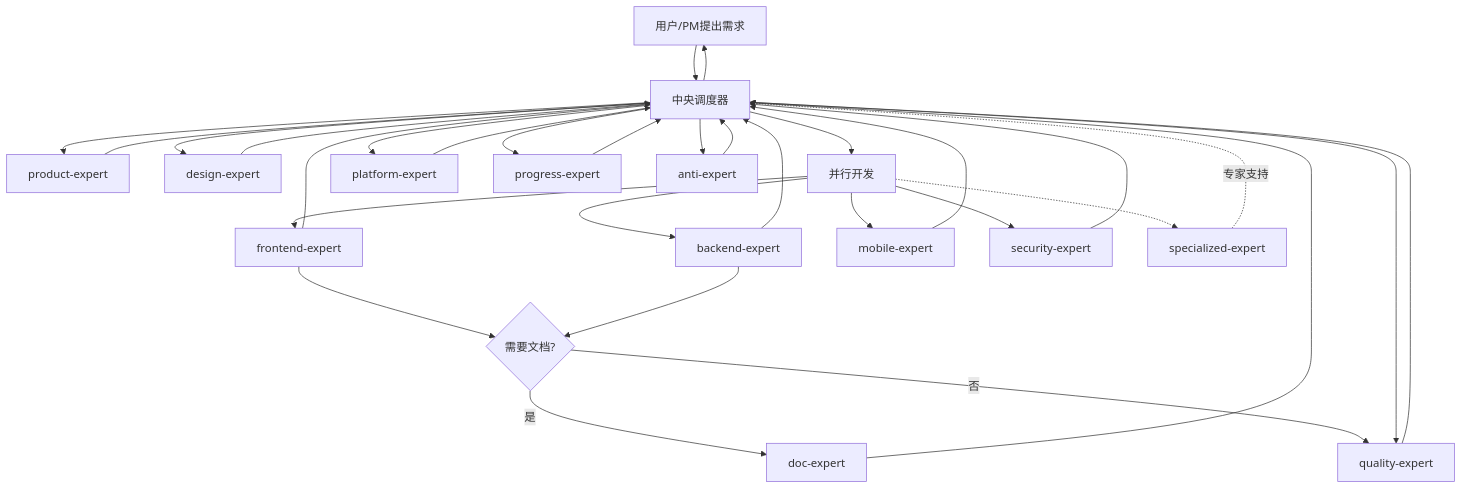
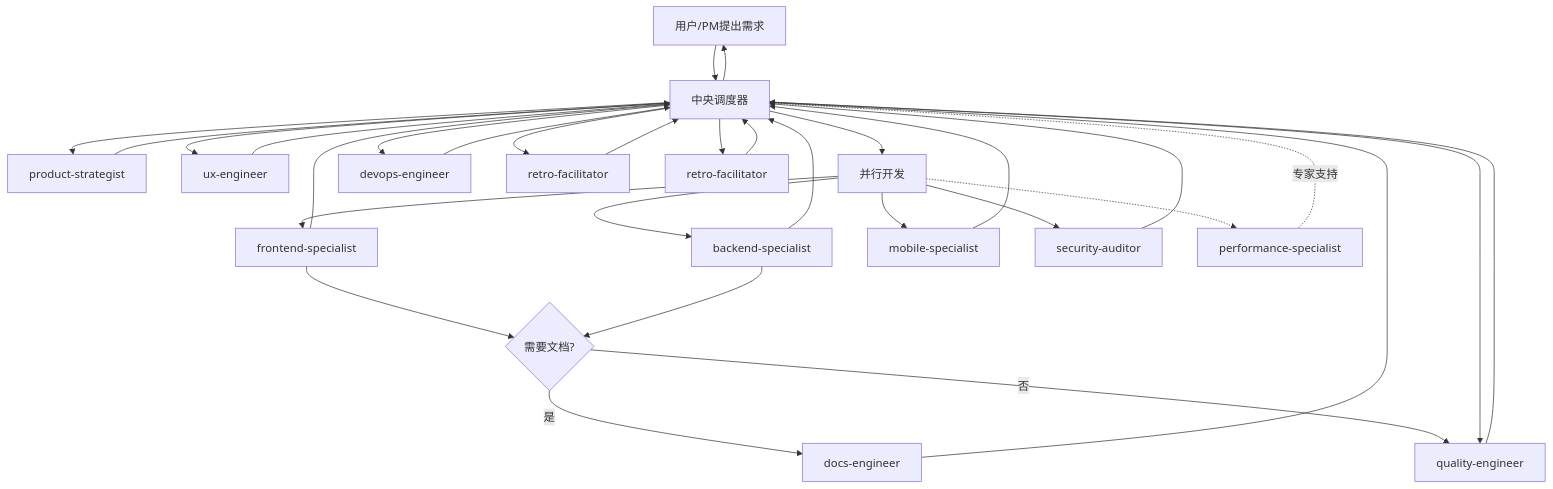
One commit to Tooooommy/Trae-Workflow changed the second of 3 diagrams in skills/use-workflow/SKILL.md. Above: the diagram before and after it, drawn with Mermaid. The commit also changed other lines of this file and 26 other files, not shown here.

First line of the commit message:
refactor: rename expert skills to new architecture

````diff
--- a/skills/use-workflow/SKILL.md
+++ b/skills/use-workflow/SKILL.md
@@ -79,43 +79,43 @@
 ```mermaid
 flowchart TD
     User[用户/PM提出需求] --> Orchestrator[中央调度器]
 
-    Orchestrator --> Product[product-expert]
+    Orchestrator --> Product[product-strategist]
     Product --> Orchestrator
 
-    Orchestrator --> Design[design-expert]
+    Orchestrator --> Design[ux-engineer]
     Design --> Orchestrator
 
     Orchestrator --> ParallelDev[并行开发]
-    ParallelDev --> FE[frontend-expert]
-    ParallelDev --> BE[backend-expert]
-    ParallelDev --> Mobile[mobile-expert]
-    ParallelDev --> Security[security-expert]
-    ParallelDev -.-> Expert[specialized-expert]
+    ParallelDev --> FE[frontend-specialist]
+    ParallelDev --> BE[backend-specialist]
+    ParallelDev --> Mobile[mobile-specialist]
+    ParallelDev --> Security[security-auditor]
+    ParallelDev -.-> Expert[performance-specialist]
 
     FE --> DocReq{需要文档?}
     BE --> DocReq
-    DocReq -->|是| Doc[doc-expert]
+    DocReq -->|是| Doc[docs-engineer]
     DocReq -->|否| QA
 
     FE --> Orchestrator
     BE --> Orchestrator
     Mobile --> Orchestrator
     Security --> Orchestrator
     Expert -. 专家支持 .-> Orchestrator
     Doc --> Orchestrator
 
-    Orchestrator --> QA[quality-expert]
+    Orchestrator --> QA[quality-engineer]
     QA --> Orchestrator
 
-    Orchestrator --> Ops[platform-expert]
+    Orchestrator --> Ops[devops-engineer]
     Ops --> Orchestrator
 
-    Orchestrator --> Progress[progress-expert]
+    Orchestrator --> Progress[retro-facilitator]
     Progress --> Orchestrator
 
-    Orchestrator --> Anti[anti-expert]
+    Orchestrator --> Anti[retro-facilitator]
     Anti --> Orchestrator
 
     Orchestrator --> User
 ```
````
